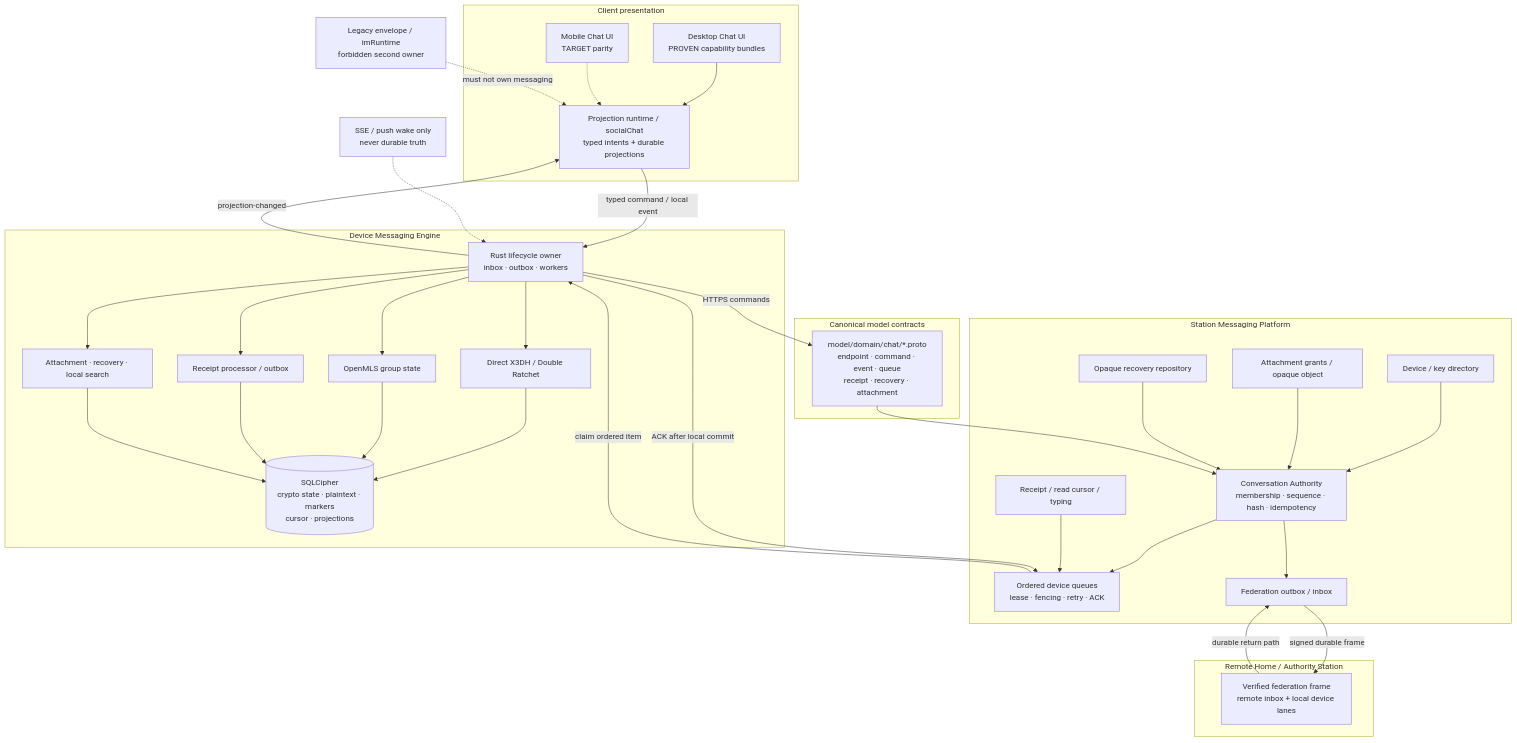
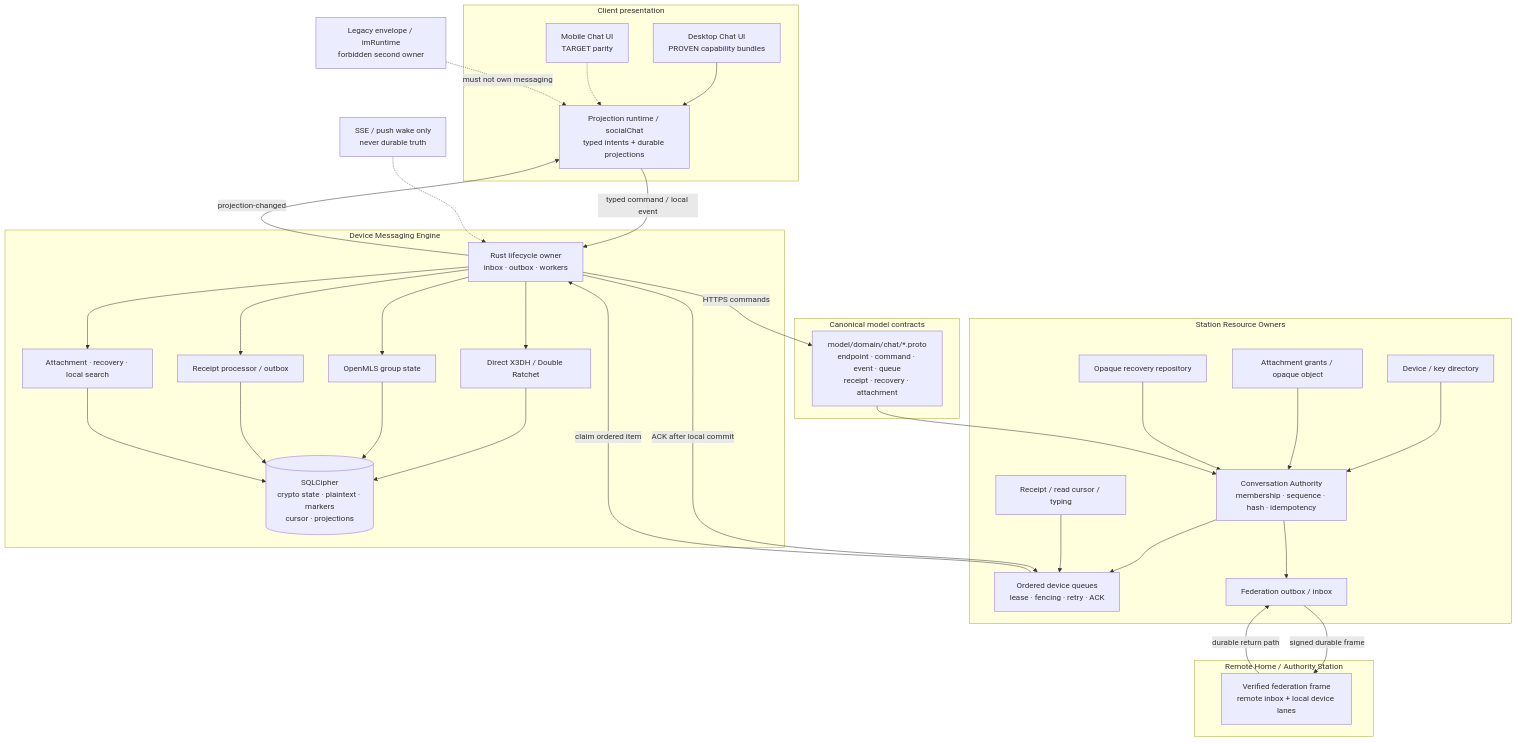
Before and after one commit to peers-labs/peers-touch: the second of 2 diagrams in docs/architecture/messaging-platform/design.md, drawn with Mermaid. The commit also changed other lines of this file and 300 other files, not shown here.

````diff
--- a/docs/architecture/messaging-platform/design.md
+++ b/docs/architecture/messaging-platform/design.md
@@ -126,63 +135,63 @@
 ```mermaid
 flowchart TB
     subgraph UI["Client presentation"]
         DU["Desktop Chat UI<br/>PROVEN capability bundles"]
         MU["Mobile Chat UI<br/>TARGET parity"]
         PR["Projection runtime / socialChat<br/>typed intents + durable projections"]
         DU --> PR
         MU -.-> PR
     end
 
     subgraph DE["Device Messaging Engine"]
         ENG["Rust lifecycle owner<br/>inbox · outbox · workers"]
         DC["Direct X3DH / Double Ratchet"]
         MLS["OpenMLS group state"]
         RC["Receipt processor / outbox"]
         AR["Attachment · recovery · local search"]
         DB[("SQLCipher<br/>crypto state · plaintext · markers<br/>cursor · projections")]
         ENG --> DC
         ENG --> MLS
         ENG --> RC
         ENG --> AR
         DC --> DB
         MLS --> DB
         RC --> DB
         AR --> DB
     end
 
     subgraph MC["Canonical model contracts"]
         PB["model/domain/chat/*.proto<br/>endpoint · command · event · queue<br/>receipt · recovery · attachment"]
     end
 
-    subgraph ST["Station Messaging Platform"]
+    subgraph ST["Station Resource Owners"]
         AU["Conversation Authority<br/>membership · sequence · hash · idempotency"]
         DD["Device / key directory"]
         Q["Ordered device queues<br/>lease · fencing · retry · ACK"]
         RS["Receipt / read cursor / typing"]
         AO["Attachment grants / opaque object"]
         BR["Opaque recovery repository"]
         FI["Federation outbox / inbox"]
         AU --> Q
         DD --> AU
         RS --> Q
         AO --> AU
         BR --> AU
         AU --> FI
     end
 
     subgraph REM["Remote Home / Authority Station"]
         RQ["Verified federation frame<br/>remote inbox + local device lanes"]
     end
 
     PR -->|"typed command / local event"| ENG
     ENG -->|"HTTPS commands"| PB
     PB --> AU
     Q -->|"claim ordered item"| ENG
     ENG -->|"ACK after local commit"| Q
     ENG -->|"projection-changed"| PR
     FI -->|"signed durable frame"| RQ
     RQ -->|"durable return path"| FI
 
     RT["SSE / push wake only<br/>never durable truth"] -.-> ENG
     LEG["Legacy envelope / imRuntime<br/>forbidden second owner"] -. "must not own messaging" .-> PR
 ```
````
